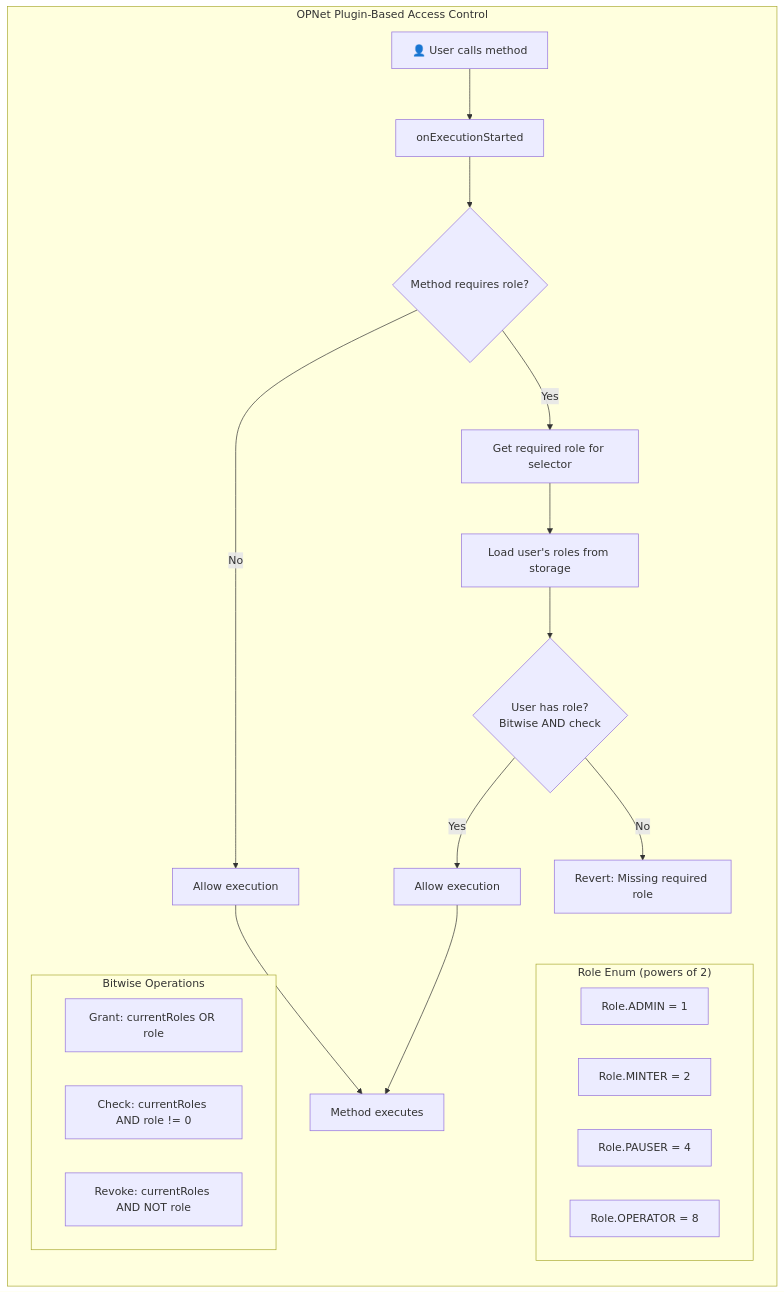
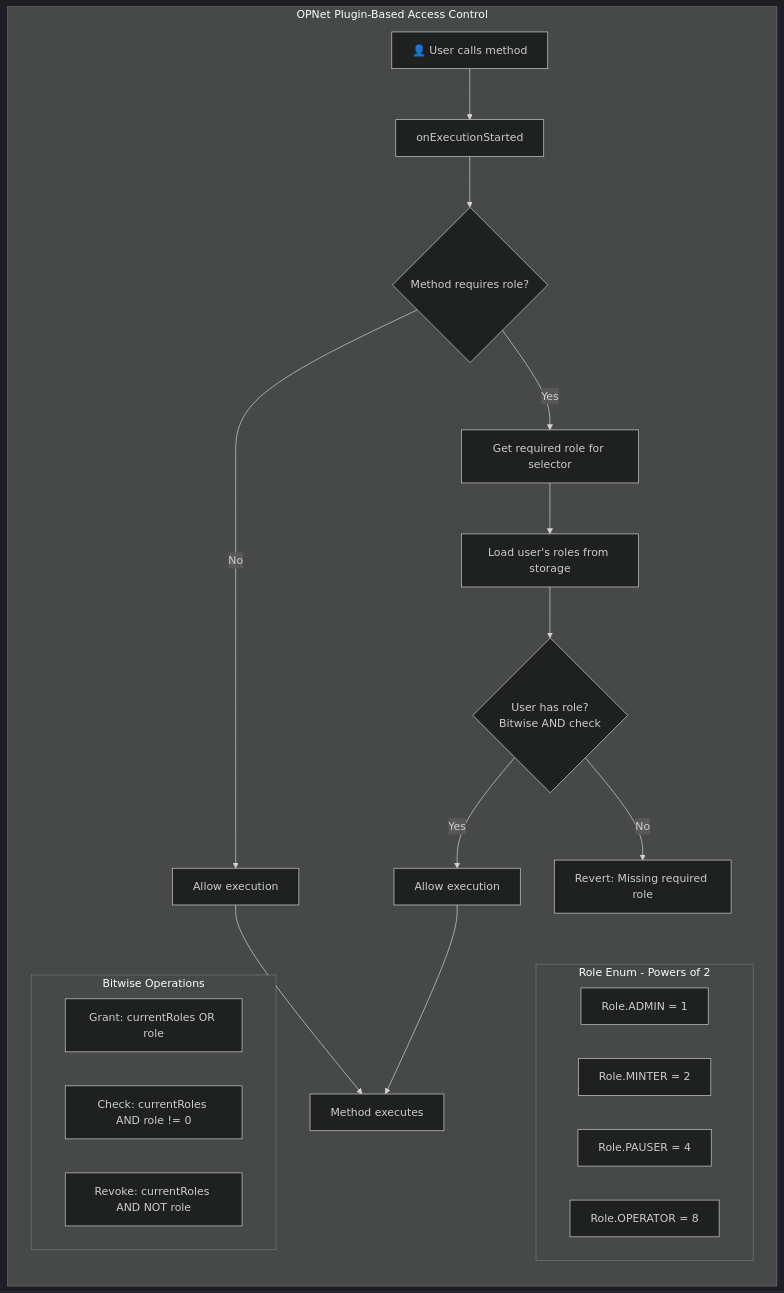
Before and after one commit to btc-vision/btc-runtime: the third of 3 diagrams in docs/advanced/plugins.md, drawn with Mermaid. The commit also changed other lines of this file and 3 other files, not shown here.

````diff
--- a/docs/advanced/plugins.md
+++ b/docs/advanced/plugins.md
@@ -210,32 +205,36 @@
 ```mermaid
+---
+config:
+  theme: dark
+---
 flowchart LR
     subgraph OPNet["OPNet Plugin-Based Access Control"]
         A["👤 User calls method"] --> B["onExecutionStarted"]
         B --> C{"Method requires role?"}
 
         C -->|"No"| D["Allow execution"]
 
         C -->|"Yes"| E["Get required role for selector"]
         E --> F["Load user's roles from storage"]
         F --> G{"User has role?<br/>Bitwise AND check"}
 
         G -->|"Yes"| H["Allow execution"]
         G -->|"No"| I["Revert: Missing required role"]
 
         D --> J["Method executes"]
         H --> J
 
-        subgraph RoleBits["Role Enum (powers of 2)"]
+        subgraph RoleBits["Role Enum - Powers of 2"]
             R1["Role.ADMIN = 1"]
             R2["Role.MINTER = 2"]
             R3["Role.PAUSER = 4"]
             R4["Role.OPERATOR = 8"]
         end
 
         subgraph BitwiseOps["Bitwise Operations"]
             B1["Grant: currentRoles OR role"]
             B2["Check: currentRoles AND role != 0"]
             B3["Revoke: currentRoles AND NOT role"]
         end
     end
 ```
````
